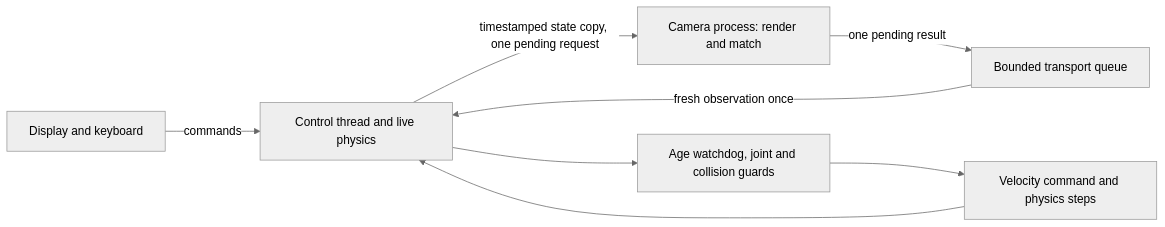
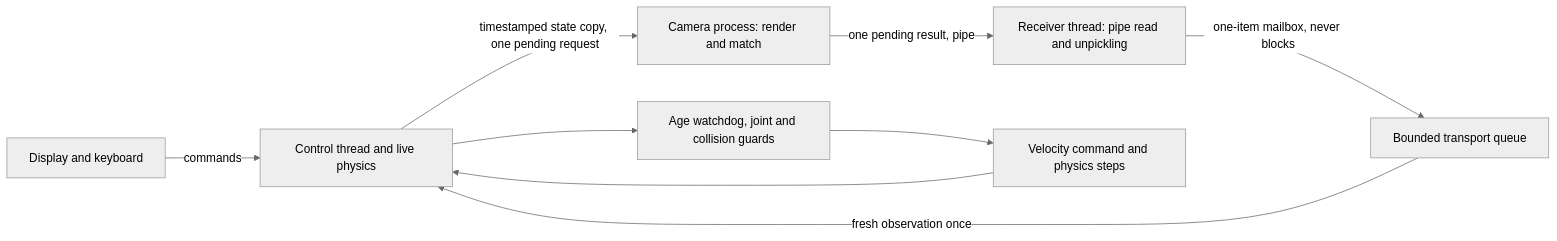
One commit to mariamalinka/visual-servoing-project changed the diagram in outputs/visual-servoing-simulation/REALTIME_CONTROL.md. Above: the diagram before and after it, drawn with Mermaid (neutral theme). The commit also changed other lines of this file and 276 other files, not shown here.

````diff
--- a/outputs/visual-servoing-simulation/REALTIME_CONTROL.md
+++ b/outputs/visual-servoing-simulation/REALTIME_CONTROL.md
@@ -46,10 +46,11 @@
 ```mermaid
 flowchart LR
     UI[Display and keyboard] -->|commands| C[Control thread and live physics]
     C -->|timestamped state copy, one pending request| P[Camera process: render and match]
-    P -->|one pending result| T[Bounded transport queue]
+    P -->|one pending result, pipe| R[Receiver thread: pipe read and unpickling]
+    R -->|one-item mailbox, never blocks| T[Bounded transport queue]
     T -->|fresh observation once| C
     C --> W[Age watchdog, joint and collision guards]
     W --> V[Velocity command and physics steps]
     V --> C
 ```
````
